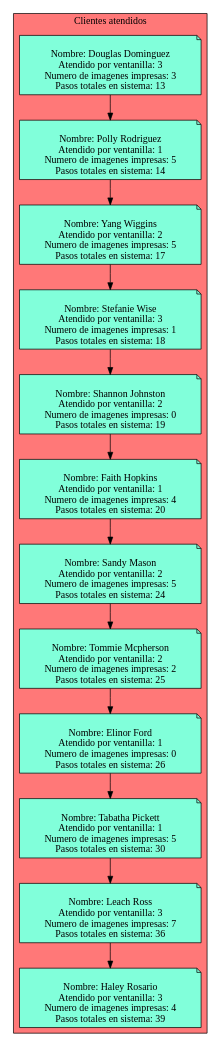
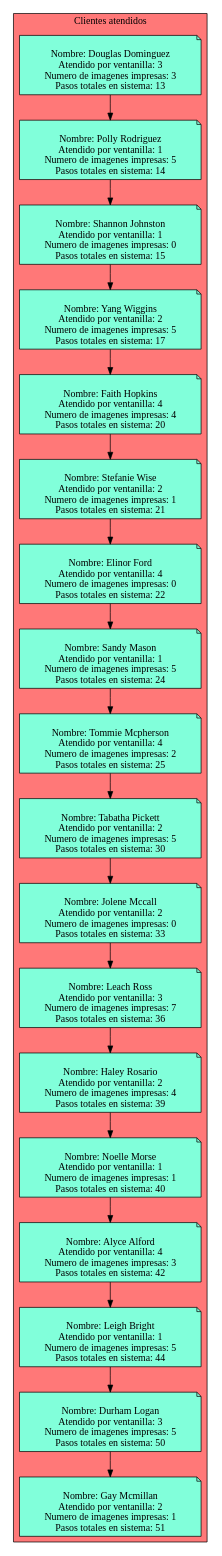
One commit to Serch-ING/EDD_UDRAWING_202000119 changed the diagram in Simple_Clients_Served.dot. Above: the diagram before and after it, drawn with Graphviz. The commit also changed 15 other files, not shown here.

```diff
--- a/Simple_Clients_Served.dot
+++ b/Simple_Clients_Served.dot
@@ -1,77 +1,113 @@
 digraph L {
 node[shape=note fillcolor="#A181FF" style =filled]
 subgraph cluster_p{
     label= " Clientes atendidos "
     bgcolor = "#FF7878"
-Nodo1021436681[label="
+Nodo1525919705[label="
 Nombre: Douglas Dominguez
 Atendido por ventanilla: 3
 Numero de imagenes impresas: 3
 Pasos totales en sistema: 13",fillcolor="#81FFDA"]
-Nodo1712943792[label="
+Nodo1332668132[label="
 Nombre: Polly Rodriguez
 Atendido por ventanilla: 1
 Numero de imagenes impresas: 5
 Pasos totales en sistema: 14",fillcolor="#81FFDA"]
-Nodo78204644[label="
+Nodo6519275[label="
+Nombre: Shannon Johnston
+Atendido por ventanilla: 1
+Numero de imagenes impresas: 0
+Pasos totales en sistema: 15",fillcolor="#81FFDA"]
+Nodo1818544933[label="
 Nombre: Yang Wiggins
 Atendido por ventanilla: 2
 Numero de imagenes impresas: 5
 Pasos totales en sistema: 17",fillcolor="#81FFDA"]
-Nodo447212746[label="
+Nodo1962826816[label="
+Nombre: Faith Hopkins
+Atendido por ventanilla: 4
+Numero de imagenes impresas: 4
+Pasos totales en sistema: 20",fillcolor="#81FFDA"]
+Nodo371439501[label="
 Nombre: Stefanie Wise
-Atendido por ventanilla: 3
+Atendido por ventanilla: 2
 Numero de imagenes impresas: 1
-Pasos totales en sistema: 18",fillcolor="#81FFDA"]
-Nodo609962972[label="
-Nombre: Shannon Johnston
+Pasos totales en sistema: 21",fillcolor="#81FFDA"]
+Nodo2012993836[label="
+Nombre: Elinor Ford
+Atendido por ventanilla: 4
+Numero de imagenes impresas: 0
+Pasos totales en sistema: 22",fillcolor="#81FFDA"]
+Nodo691690486[label="
+Nombre: Sandy Mason
+Atendido por ventanilla: 1
+Numero de imagenes impresas: 5
+Pasos totales en sistema: 24",fillcolor="#81FFDA"]
+Nodo1008315045[label="
+Nombre: Tommie Mcpherson
+Atendido por ventanilla: 4
+Numero de imagenes impresas: 2
+Pasos totales en sistema: 25",fillcolor="#81FFDA"]
+Nodo119358627[label="
+Nombre: Tabatha Pickett
+Atendido por ventanilla: 2
+Numero de imagenes impresas: 5
+Pasos totales en sistema: 30",fillcolor="#81FFDA"]
+Nodo1798219673[label="
+Nombre: Jolene Mccall
 Atendido por ventanilla: 2
 Numero de imagenes impresas: 0
-Pasos totales en sistema: 19",fillcolor="#81FFDA"]
-Nodo1199673596[label="
-Nombre: Faith Hopkins
-Atendido por ventanilla: 1
-Numero de imagenes impresas: 4
-Pasos totales en sistema: 20",fillcolor="#81FFDA"]
-Nodo2134607032[label="
-Nombre: Sandy Mason
-Atendido por ventanilla: 2
-Numero de imagenes impresas: 5
-Pasos totales en sistema: 24",fillcolor="#81FFDA"]
-Nodo573673894[label="
-Nombre: Tommie Mcpherson
-Atendido por ventanilla: 2
-Numero de imagenes impresas: 2
-Pasos totales en sistema: 25",fillcolor="#81FFDA"]
-Nodo1922464006[label="
-Nombre: Elinor Ford
-Atendido por ventanilla: 1
-Numero de imagenes impresas: 0
-Pasos totales en sistema: 26",fillcolor="#81FFDA"]
-Nodo1438030319[label="
-Nombre: Tabatha Pickett
-Atendido por ventanilla: 1
-Numero de imagenes impresas: 5
-Pasos totales en sistema: 30",fillcolor="#81FFDA"]
-Nodo1939990953[label="
+Pasos totales en sistema: 33",fillcolor="#81FFDA"]
+Nodo1010953501[label="
 Nombre: Leach Ross
 Atendido por ventanilla: 3
 Numero de imagenes impresas: 7
 Pasos totales en sistema: 36",fillcolor="#81FFDA"]
-Nodo817978763[label="
+Nodo522553046[label="
 Nombre: Haley Rosario
-Atendido por ventanilla: 3
+Atendido por ventanilla: 2
 Numero de imagenes impresas: 4
 Pasos totales en sistema: 39",fillcolor="#81FFDA"]
-Nodo1021436681 -> Nodo1712943792
-Nodo1712943792 -> Nodo78204644
-Nodo78204644 -> Nodo447212746
-Nodo447212746 -> Nodo609962972
-Nodo609962972 -> Nodo1199673596
-Nodo1199673596 -> Nodo2134607032
-Nodo2134607032 -> Nodo573673894
-Nodo573673894 -> Nodo1922464006
-Nodo1922464006 -> Nodo1438030319
-Nodo1438030319 -> Nodo1939990953
-Nodo1939990953 -> Nodo817978763
+Nodo328827614[label="
+Nombre: Noelle Morse
+Atendido por ventanilla: 1
+Numero de imagenes impresas: 1
+Pasos totales en sistema: 40",fillcolor="#81FFDA"]
+Nodo530653666[label="
+Nombre: Alyce Alford
+Atendido por ventanilla: 4
+Numero de imagenes impresas: 3
+Pasos totales en sistema: 42",fillcolor="#81FFDA"]
+Nodo1006094903[label="
+Nombre: Leigh Bright
+Atendido por ventanilla: 1
+Numero de imagenes impresas: 5
+Pasos totales en sistema: 44",fillcolor="#81FFDA"]
+Nodo1766145591[label="
+Nombre: Durham Logan
+Atendido por ventanilla: 3
+Numero de imagenes impresas: 5
+Pasos totales en sistema: 50",fillcolor="#81FFDA"]
+Nodo1074389766[label="
+Nombre: Gay Mcmillan
+Atendido por ventanilla: 2
+Numero de imagenes impresas: 1
+Pasos totales en sistema: 51",fillcolor="#81FFDA"]
+Nodo1525919705 -> Nodo1332668132
+Nodo1332668132 -> Nodo6519275
+Nodo6519275 -> Nodo1818544933
+Nodo1818544933 -> Nodo1962826816
+Nodo1962826816 -> Nodo371439501
+Nodo371439501 -> Nodo2012993836
+Nodo2012993836 -> Nodo691690486
+Nodo691690486 -> Nodo1008315045
+Nodo1008315045 -> Nodo119358627
+Nodo119358627 -> Nodo1798219673
+Nodo1798219673 -> Nodo1010953501
+Nodo1010953501 -> Nodo522553046
+Nodo522553046 -> Nodo328827614
+Nodo328827614 -> Nodo530653666
+Nodo530653666 -> Nodo1006094903
+Nodo1006094903 -> Nodo1766145591
+Nodo1766145591 -> Nodo1074389766
 }}
```
